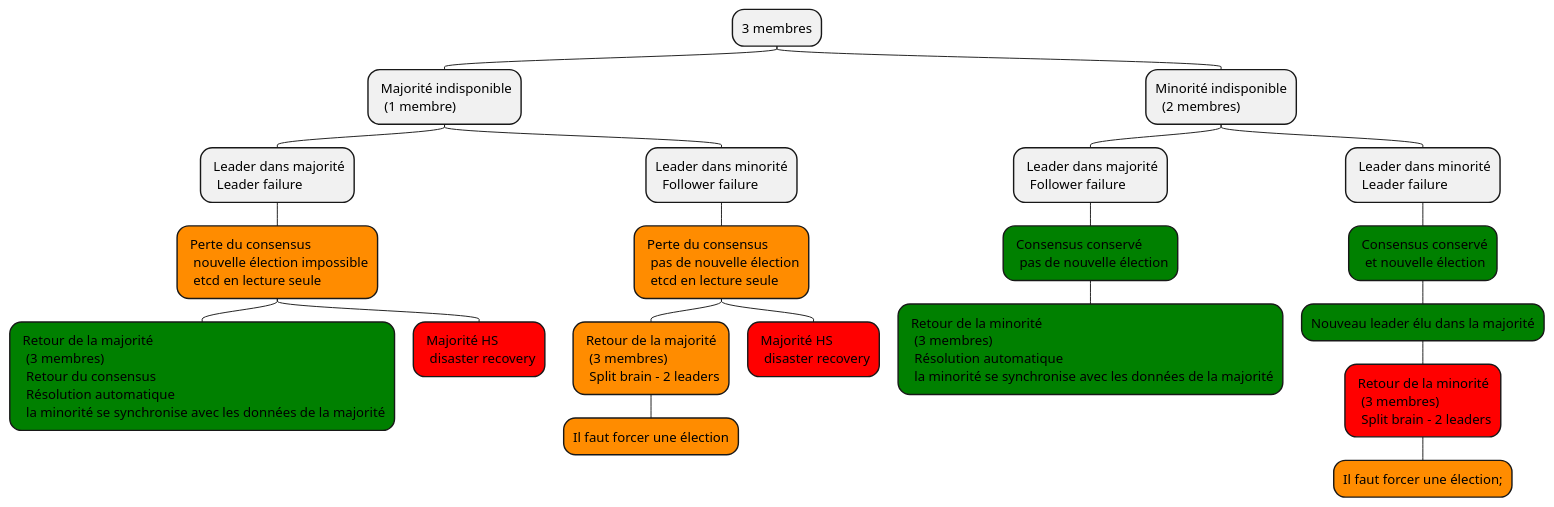
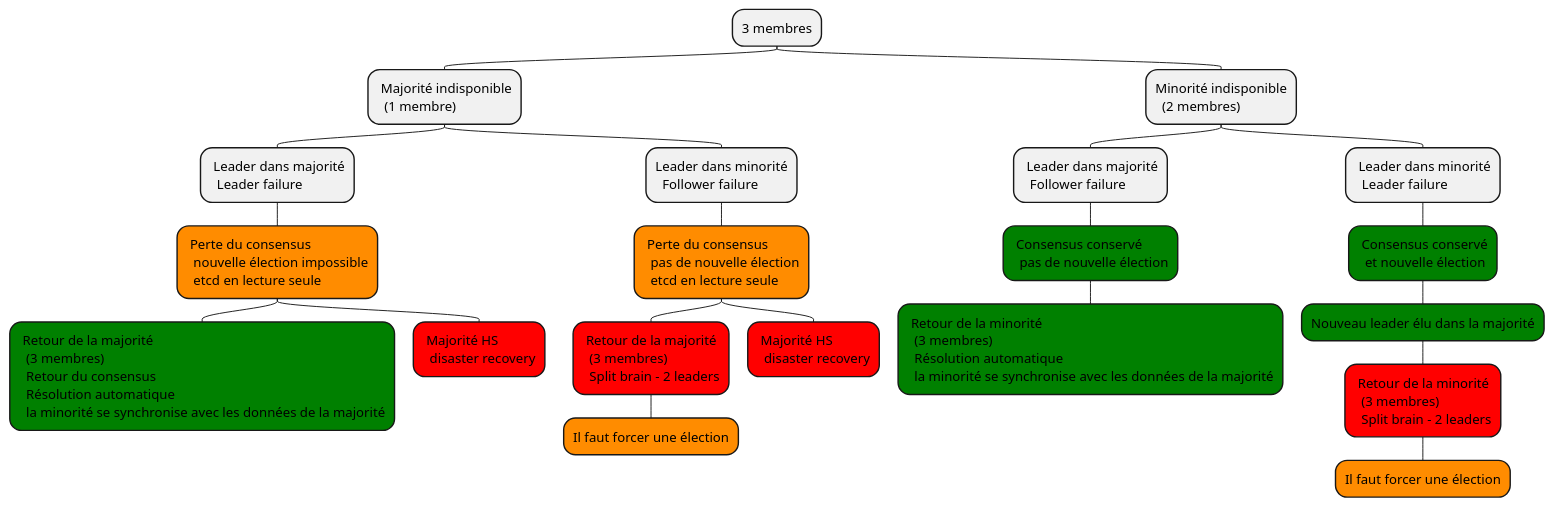
Before and after one commit to sylvainmetayer/talk-k8s-2-az: the diagram in diagrams/030-etcd-netpart.puml, drawn with PlantUML. The commit also changed 6 other files, not shown here.

Commit message:
Graphes uniformes + fix netpart etcd

```diff
--- a/diagrams/030-etcd-netpart.puml
+++ b/diagrams/030-etcd-netpart.puml
@@ -1,53 +1,53 @@
 @startmindmap
 top to bottom direction
 
 * 3 membres
 **: Majorité indisponible
   (1 membre);
 ***: Leader dans majorité
   Leader failure;
 ****[#darkorange]: Perte du consensus
   nouvelle élection impossible
   etcd en lecture seule;
 *****[#green]: Retour de la majorité
   (3 membres)
   Retour du consensus
   Résolution automatique
   la minorité se synchronise avec les données de la majorité;
 *****[#red]: Majorité HS
   disaster recovery;
 
 ***:Leader dans minorité
   Follower failure;
 ****[#darkorange]: Perte du consensus
   pas de nouvelle élection
   etcd en lecture seule;
-*****[#darkorange]: Retour de la majorité
+*****[#red]: Retour de la majorité
   (3 membres)
   Split brain - 2 leaders;
 ******[#darkorange] Il faut forcer une élection
 *****[#red]: Majorité HS
   disaster recovery;
 
 **:Minorité indisponible
   (2 membres);
 ***: Leader dans majorité
   Follower failure;
 ****[#green]: Consensus conservé
   pas de nouvelle élection;
 *****[#green]: Retour de la minorité
   (3 membres)
   Résolution automatique
   la minorité se synchronise avec les données de la majorité;
 
 ***: Leader dans minorité
   Leader failure;
 ****[#green]: Consensus conservé
   et nouvelle élection;
 *****[#green] Nouveau leader élu dans la majorité
 ******[#red]: Retour de la minorité
   (3 membres)
   Split brain - 2 leaders;
-*******[#darkorange] Il faut forcer une élection;
+*******[#darkorange] Il faut forcer une élection
 
 @endmindmap
```
